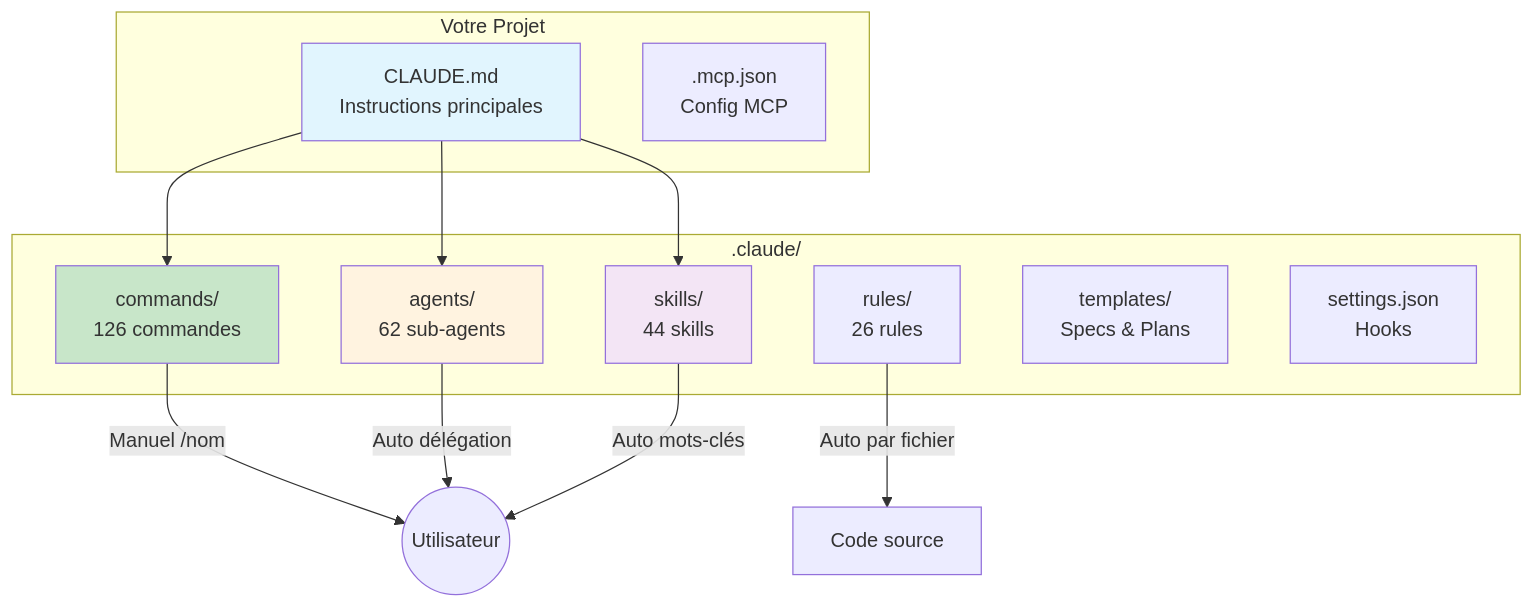
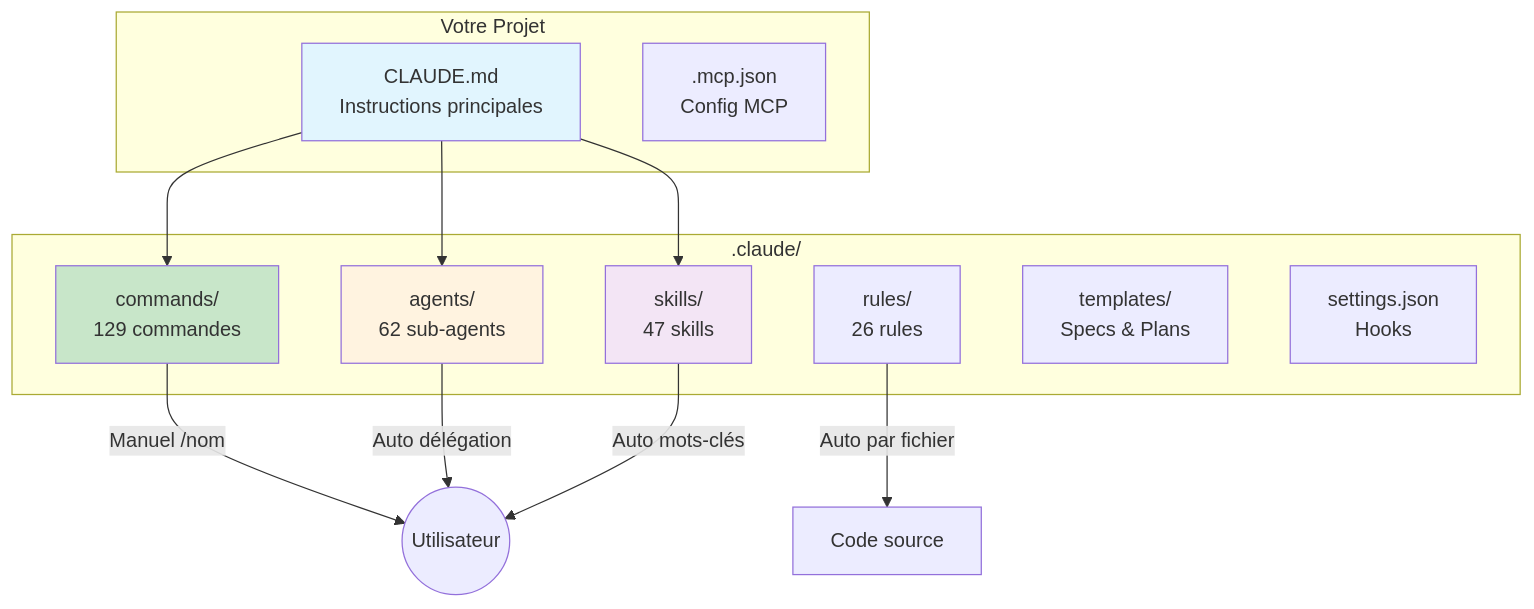
One commit to christopherlouet/claude-base changed the first of 2 diagrams in website/docs/intro/architecture.md. Above: the diagram before and after it, drawn with Mermaid. The commit also changed other lines of this file and 4 other files, not shown here.

````diff
--- a/website/docs/intro/architecture.md
+++ b/website/docs/intro/architecture.md
@@ -15,30 +15,30 @@
 ```mermaid
 graph TB
     subgraph "Votre Projet"
         CLAUDE[CLAUDE.md<br/>Instructions principales]
         MCP[.mcp.json<br/>Config MCP]
     end
 
     subgraph ".claude/"
-        CMDS[commands/<br/>126 commandes]
+        CMDS[commands/<br/>129 commandes]
         AGENTS[agents/<br/>62 sub-agents]
-        SKILLS[skills/<br/>44 skills]
+        SKILLS[skills/<br/>47 skills]
         RULES[rules/<br/>26 rules]
         TPL[templates/<br/>Specs & Plans]
         SETTINGS[settings.json<br/>Hooks]
     end
 
     CLAUDE --> CMDS
     CLAUDE --> AGENTS
     CLAUDE --> SKILLS
 
     CMDS --> |"Manuel /nom"| USER((Utilisateur))
     AGENTS --> |"Auto délégation"| USER
     SKILLS --> |"Auto mots-clés"| USER
     RULES --> |"Auto par fichier"| CODE[Code source]
 
     style CLAUDE fill:#e1f5fe
     style CMDS fill:#c8e6c9
     style AGENTS fill:#fff3e0
     style SKILLS fill:#f3e5f5
 ```
````
